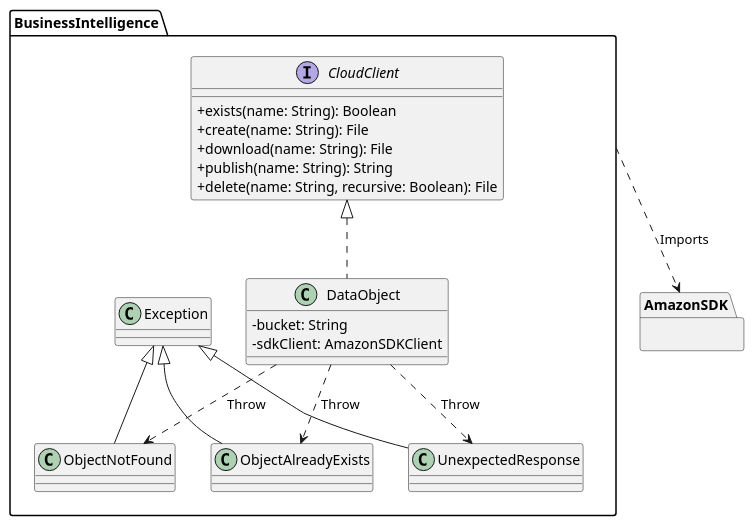
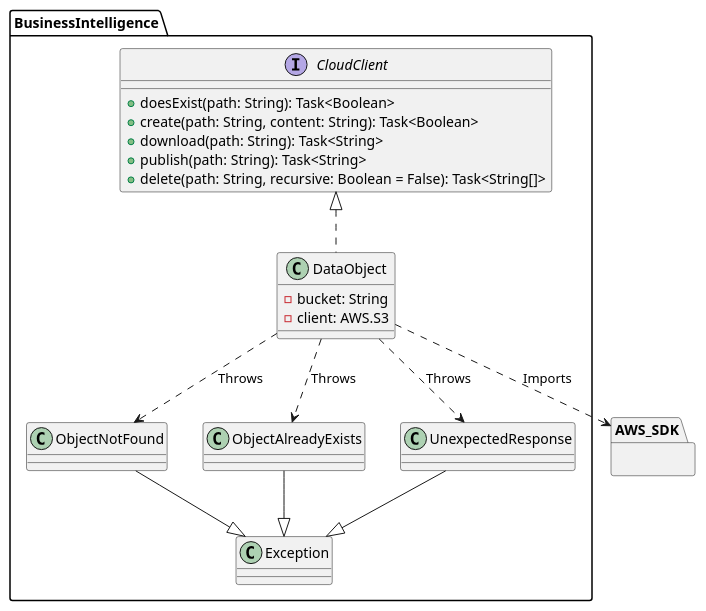
One commit to CPNV-ES-BI/BI_ELIXIR_AWS changed the diagram in docs/class_diagrams/data_object.puml. Above: the diagram before and after it, drawn with PlantUML.

Commit message:
Rename DataObject methods in class diagram

```diff
--- a/docs/class_diagrams/data_object.puml
+++ b/docs/class_diagrams/data_object.puml
@@ -1,37 +1,36 @@
 @startuml DataObject
-skinparam classAttributeIconSize 0
+
 package BusinessIntelligence {
     interface CloudClient {
-     +exists(name: String): Boolean
-     +create(name: String): File
-     +download(name: String): File
-     +publish(name: String): String
-     +delete(name: String, recursive: Boolean): File
+     +doesExist(path: String): Task<Boolean>
+     +create(path: String, content: String): Task<Boolean>
+     +download(path: String): Task<String>
+     +publish(path: String): Task<String>
+     +delete(path: String, recursive: Boolean = False): Task<String[]>
     }
 
     class DataObject {
      -bucket: String
-     -sdkClient: AmazonSDKClient
+     -client: AWS.S3
     }
 
-    class Exception
+    CloudClient <|.. DataObject
+
+    DataObject ..> ObjectNotFound: Throws
+    DataObject ..> ObjectAlreadyExists: Throws
+    DataObject ..> UnexpectedResponse: Throws
+
     class ObjectNotFound
     class ObjectAlreadyExists
     class UnexpectedResponse
+    class Exception
 
-    CloudClient <|.. DataObject
-
-    Exception <|-- ObjectNotFound
-    Exception <|-- ObjectAlreadyExists
-    Exception <|-- UnexpectedResponse
-
-    DataObject ..> ObjectNotFound: Throw
-    DataObject ..> ObjectAlreadyExists: Throw
-    DataObject ..> UnexpectedResponse: Throw
+    ObjectNotFound --|> Exception
+    ObjectAlreadyExists --|> Exception
+    UnexpectedResponse --|> Exception
 }
 
-package AmazonSDK {}
-
-BusinessIntelligence ..> AmazonSDK: Imports
+package AWS_SDK {}
+DataObject ..> AWS_SDK: Imports
 
 @enduml
```
